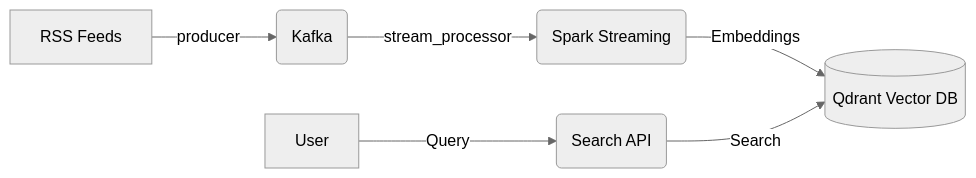
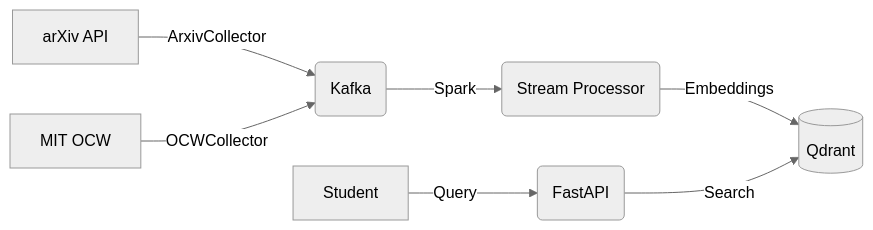
Before and after one commit to ranbir-brar/search-engine: the diagram in README.md, drawn with Mermaid (neutral theme). The commit also changed other lines of this file and 3 other files, not shown here.

````diff
--- a/README.md
+++ b/README.md
@@ -75,8 +7,9 @@
 ```mermaid
 graph LR
-    A[RSS Feeds] -->|producer| B(Kafka)
-    B -->|stream_processor| C(Spark Streaming)
-    C -->|Embeddings| D[(Qdrant Vector DB)]
-    U[User] -->|Query| E(Search API)
-    E -->|Search| D
+    A[arXiv API] -->|ArxivCollector| K(Kafka)
+    B[MIT OCW] -->|OCWCollector| K
+    K -->|Spark| S(Stream Processor)
+    S -->|Embeddings| Q[(Qdrant)]
+    U[Student] -->|Query| F(FastAPI)
+    F -->|Search| Q
 ```
````
